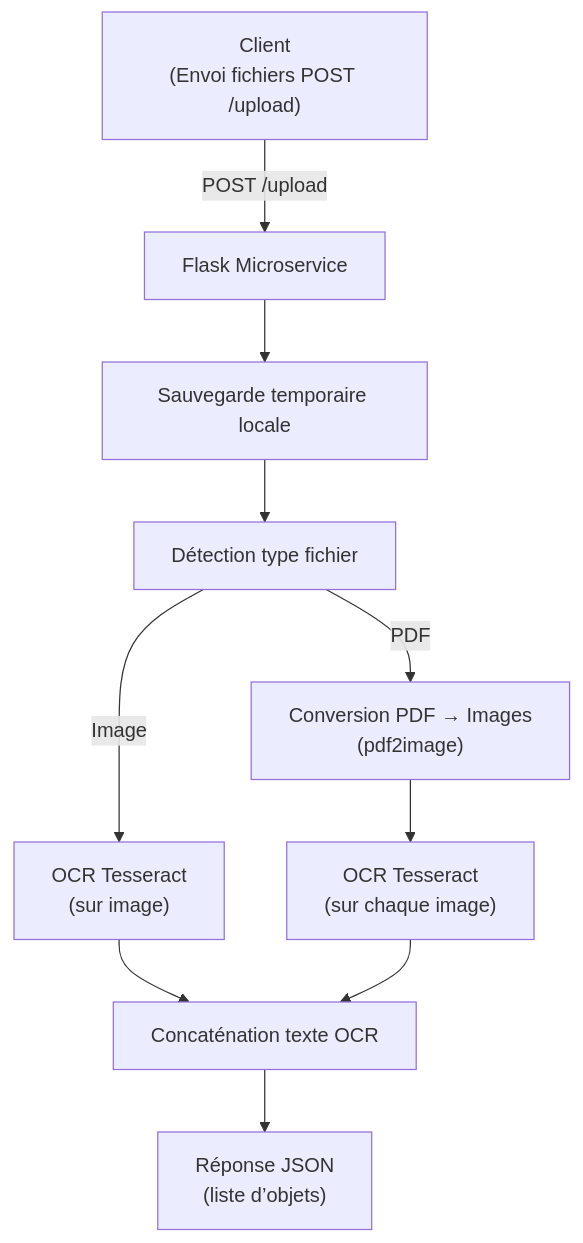
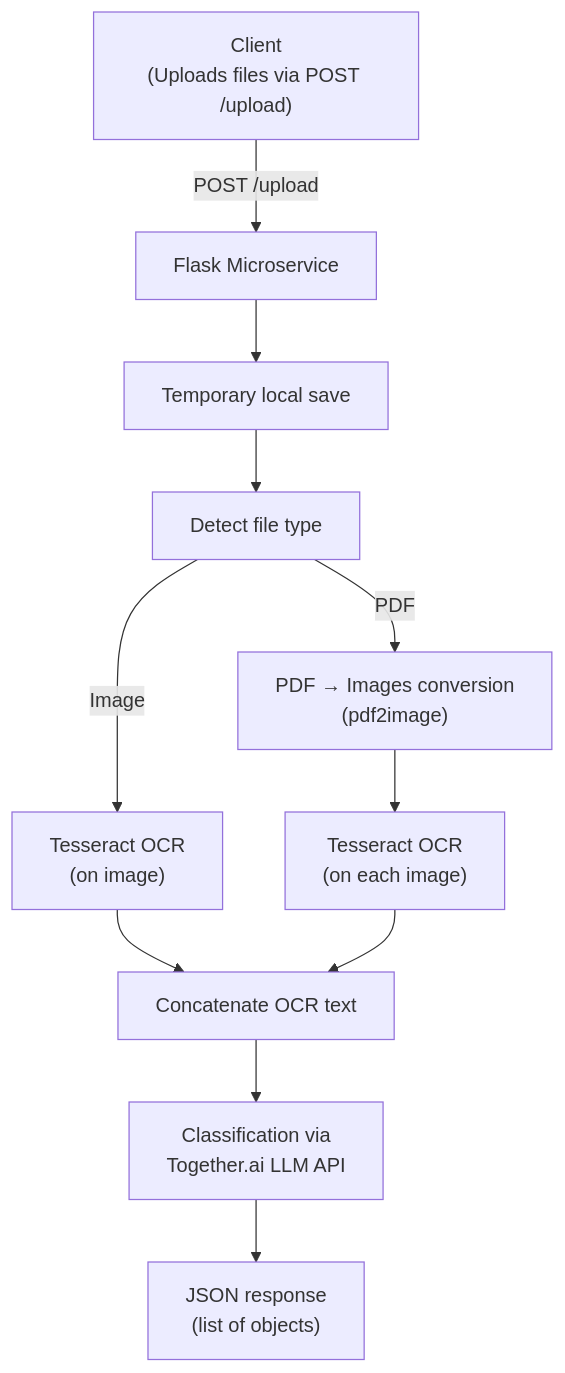
Before and after one commit to benfatma12345/Microservice_OCR: the diagram in README.md, drawn with Mermaid. The commit also changed other lines of this file and 6 other files, not shown here.

`````diff
--- a/README.md
+++ b/README.md
@@ -51,22 +158,25 @@
 ```mermaid
 flowchart TD
-    Client["Client\n(Envoi fichiers POST /upload)"]
+    Client["Client\n(Uploads files via POST /upload)"]
     Flask["Flask Microservice"]
-    Save["Sauvegarde temporaire locale"]
-    CheckType["Détection type fichier"]
-    ImageProcess["OCR Tesseract\n(sur image)"]
-    PDFConvert["Conversion PDF → Images\n(pdf2image)"]
-    PDFOCR["OCR Tesseract\n(sur chaque image)"]
-    ConcatText["Concaténation texte OCR"]
-    JSONResp["Réponse JSON\n(liste d’objets)"]
+    Save["Temporary local save"]
+    CheckType["Detect file type"]
+    ImageProcess["Tesseract OCR\n(on image)"]
+    PDFConvert["PDF → Images conversion\n(pdf2image)"]
+    PDFOCR["Tesseract OCR\n(on each image)"]
+    ConcatText["Concatenate OCR text"]
+    Classify["Classification via\nTogether.ai LLM API"]
+    JSONResp["JSON response\n(list of objects)"]
 
     Client -->|POST /upload| Flask
     Flask --> Save
     Save --> CheckType
     CheckType -->|Image| ImageProcess
     CheckType -->|PDF| PDFConvert
     PDFConvert --> PDFOCR
     ImageProcess --> ConcatText
     PDFOCR --> ConcatText
-    ConcatText --> JSONResp
+    ConcatText --> Classify
+    Classify --> JSONResp
+
 ````
`````
